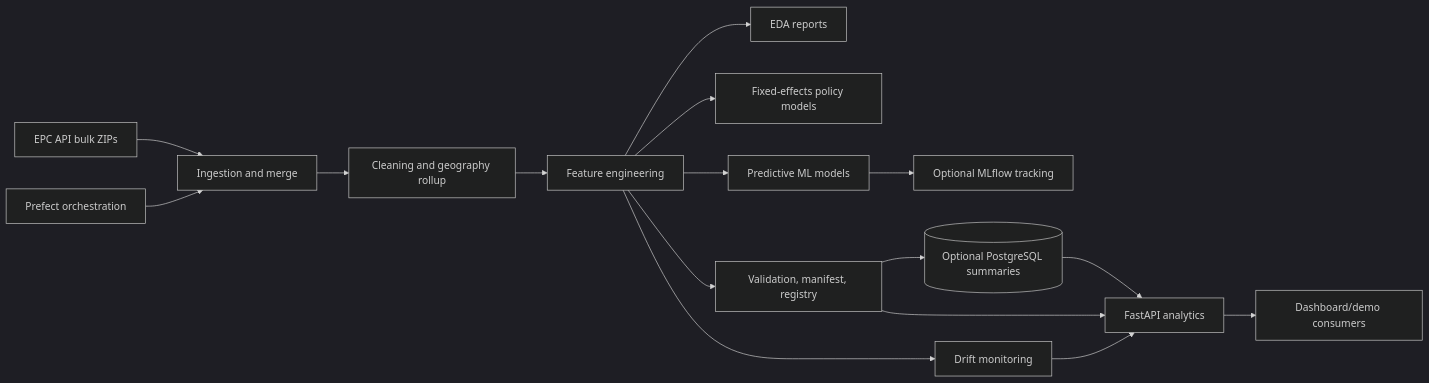
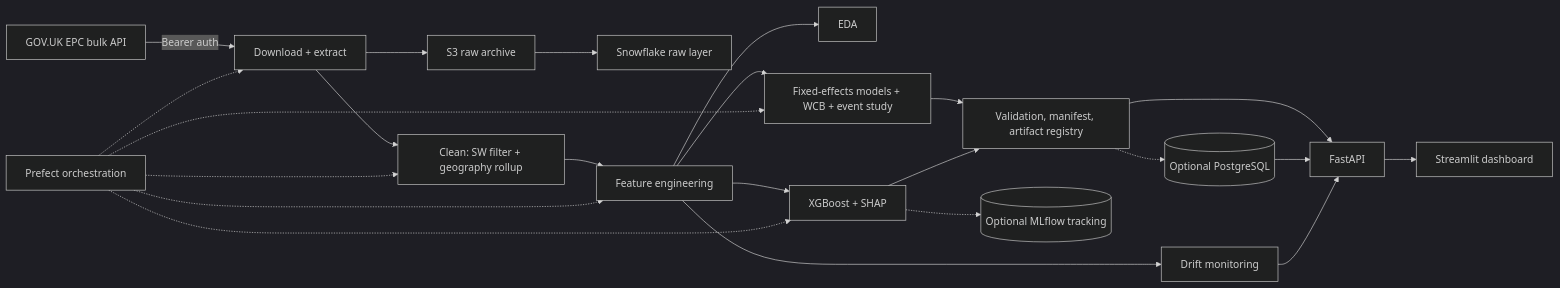
Before and after one commit to divyanshu144/EPC: the diagram in README.md, drawn with Mermaid (dark theme). The commit also changed other lines of this file, not shown here.

````diff
--- a/README.md
+++ b/README.md
@@ -40,18 +40,25 @@
 ```mermaid
 flowchart LR
-  A[EPC API bulk ZIPs] --> B[Ingestion and merge]
-  O[Prefect orchestration] --> B
-  B --> C[Cleaning and geography rollup]
-  C --> D[Feature engineering]
-  D --> E[EDA reports]
-  D --> F[Fixed-effects policy models]
-  D --> G[Predictive ML models]
-  D --> H[Validation, manifest, registry]
-  G --> M[Optional MLflow tracking]
-  D --> N[Drift monitoring]
-  H --> P[(Optional PostgreSQL summaries)]
-  P --> Q[FastAPI analytics]
-  H --> Q
-  N --> Q
-  Q --> S[Dashboard/demo consumers]
+  A[GOV.UK EPC bulk API] -->|Bearer auth| B[Download + extract]
+  B --> C[S3 raw archive]
+  C --> D[Snowflake raw layer]
+  B --> E[Clean: SW filter + geography rollup]
+  E --> F[Feature engineering]
+  F --> G[EDA]
+  F --> H[Fixed-effects models + WCB + event study]
+  F --> I[XGBoost + SHAP]
+  H --> J[Validation, manifest, artifact registry]
+  I --> J
+  I -.-> K[(Optional MLflow tracking)]
+  J -.-> L[(Optional PostgreSQL)]
+  J --> M[FastAPI]
+  L --> M
+  F --> N[Drift monitoring]
+  N --> M
+  O[Prefect orchestration] -.-> B
+  O -.-> E
+  O -.-> F
+  O -.-> H
+  O -.-> I
+  M --> P[Streamlit dashboard]
 ```
````
